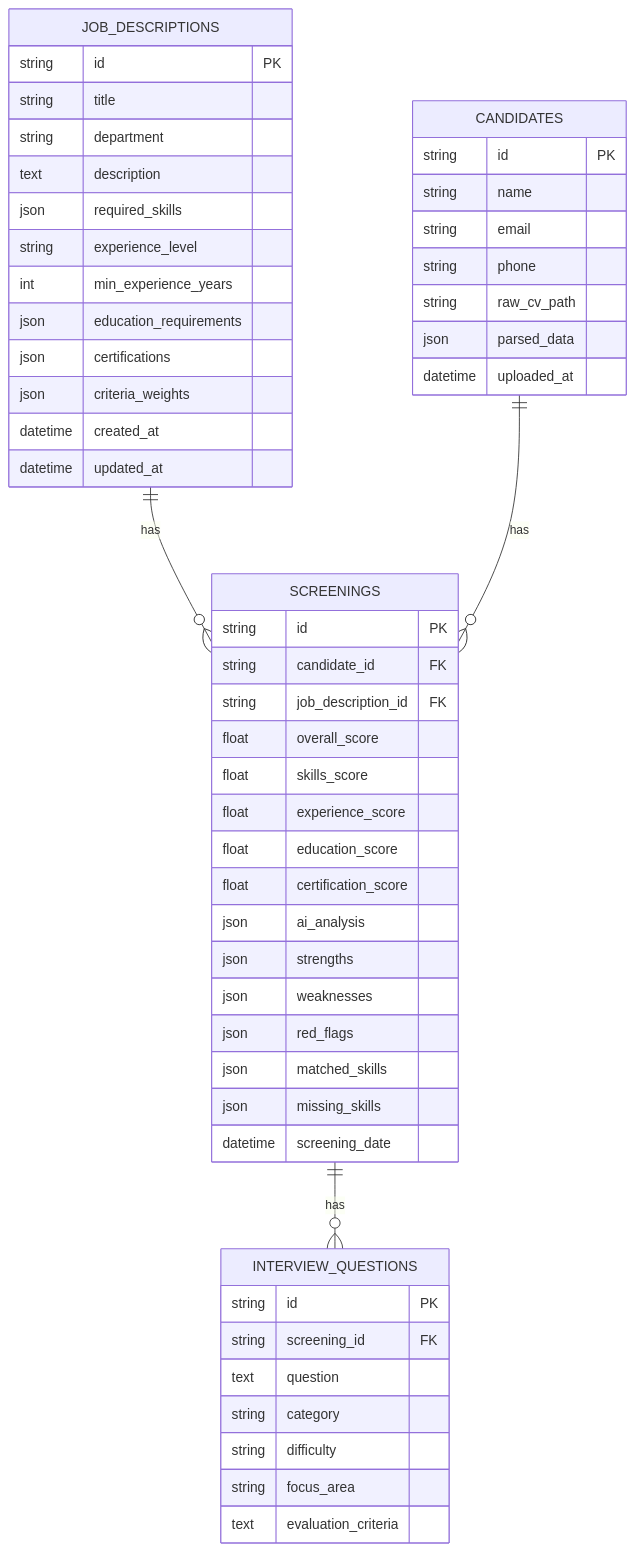
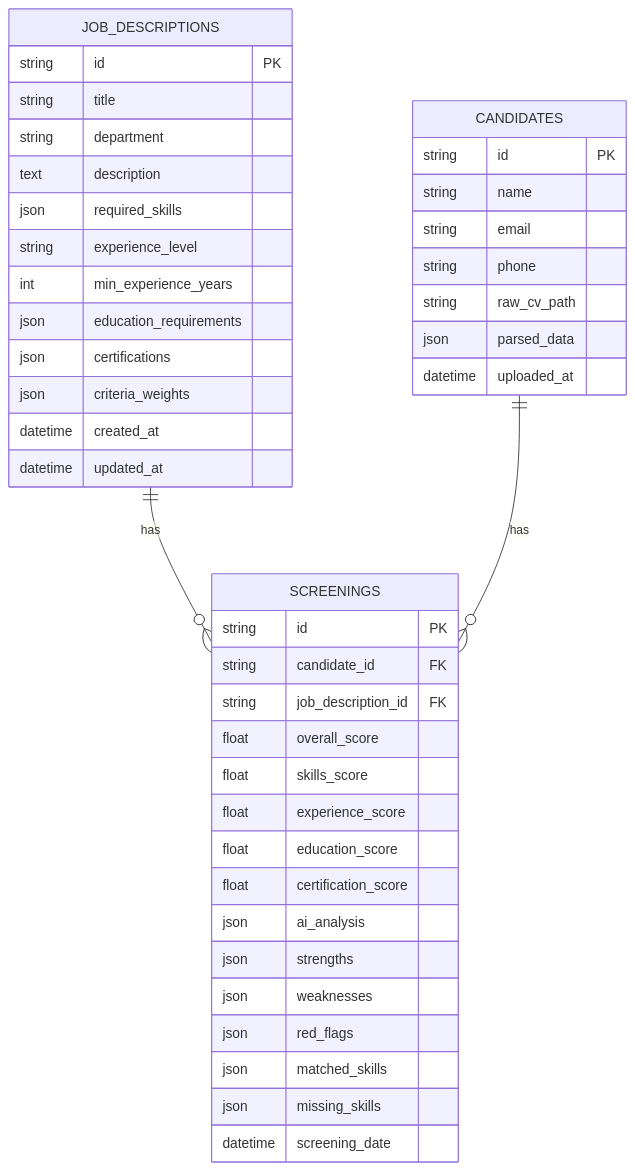
One commit to Nanaacaw/recruiter-copilot changed the diagram in docs/database.md. Above: the diagram before and after it, drawn with Mermaid. The commit also changed other lines of this file and 36 other files, not shown here.

````diff
--- a/docs/database.md
+++ b/docs/database.md
@@ -13,59 +13,48 @@
 ```mermaid
 erDiagram
     JOB_DESCRIPTIONS ||--o{ SCREENINGS : has
     CANDIDATES ||--o{ SCREENINGS : has
-    SCREENINGS ||--o{ INTERVIEW_QUESTIONS : has
 
     JOB_DESCRIPTIONS {
         string id PK
         string title
         string department
         text description
         json required_skills
         string experience_level
         int min_experience_years
         json education_requirements
         json certifications
         json criteria_weights
         datetime created_at
         datetime updated_at
     }
 
     CANDIDATES {
         string id PK
         string name
         string email
         string phone
         string raw_cv_path
         json parsed_data
         datetime uploaded_at
     }
 
     SCREENINGS {
         string id PK
         string candidate_id FK
         string job_description_id FK
         float overall_score
         float skills_score
         float experience_score
         float education_score
         float certification_score
         json ai_analysis
         json strengths
         json weaknesses
         json red_flags
         json matched_skills
         json missing_skills
         datetime screening_date
     }
-
-    INTERVIEW_QUESTIONS {
-        string id PK
-        string screening_id FK
-        text question
-        string category
-        string difficulty
-        string focus_area
-        text evaluation_criteria
-    }
 ```
````
